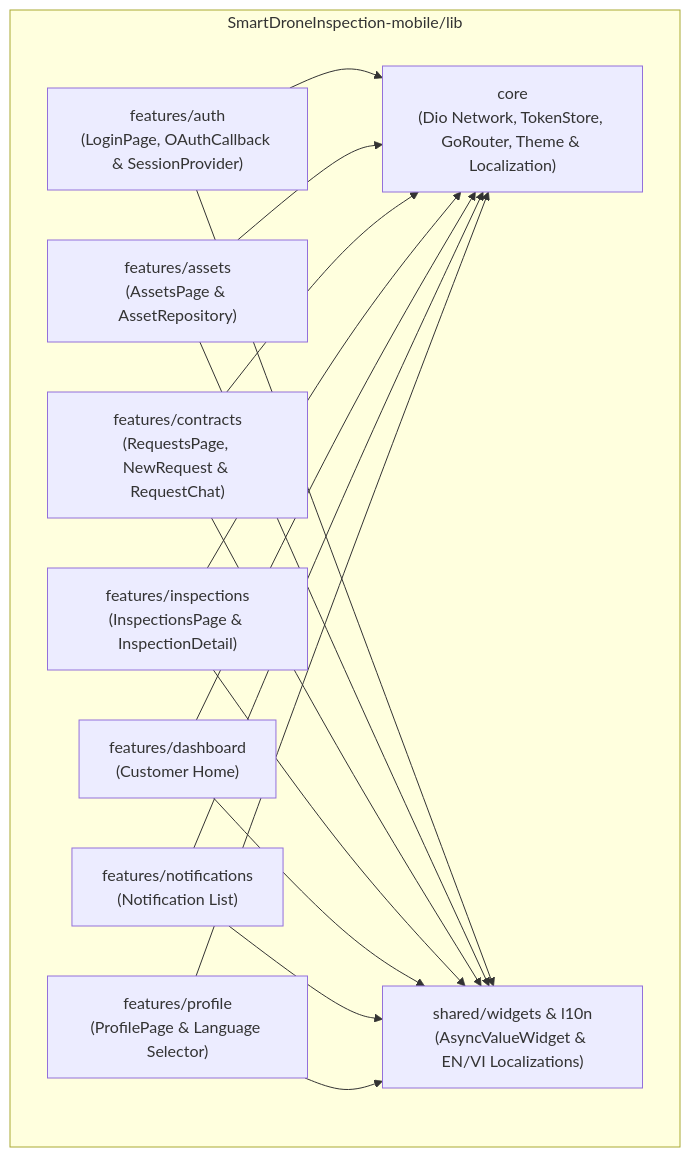
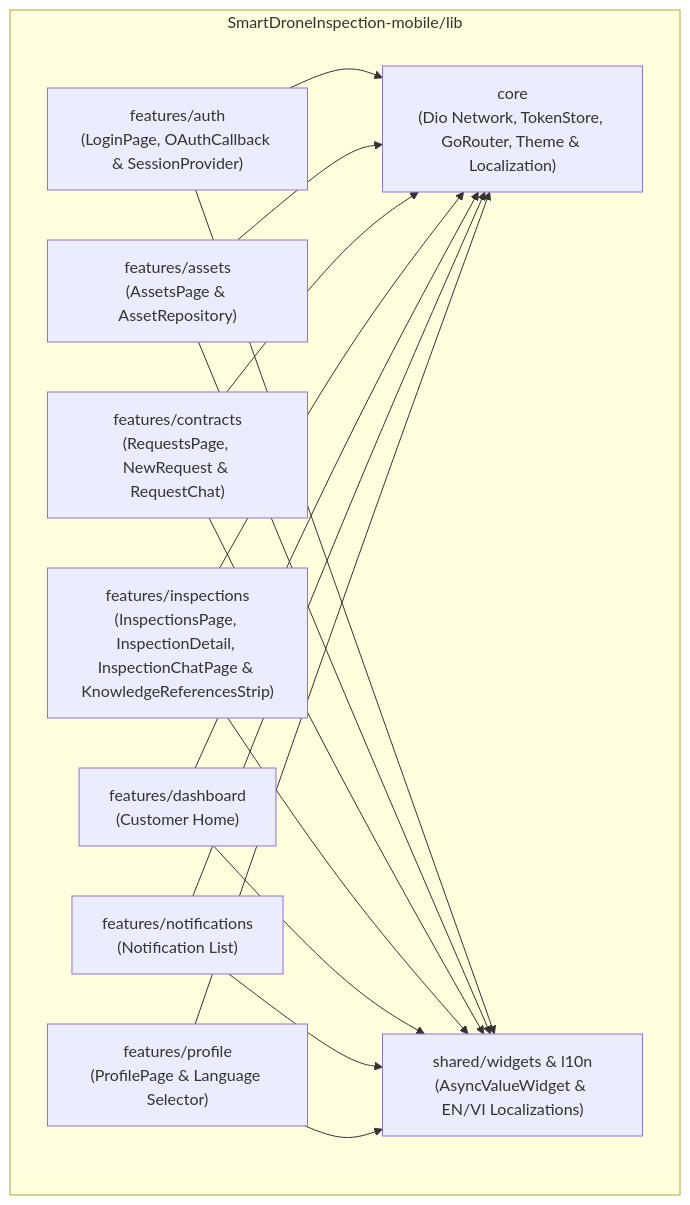
The fourth of 4 diagrams in reports/report-4-software-design-document/01-system-design.md (tungbach12/SmartDroneInspection-Docs), drawn with Mermaid before and after one commit. The commit also changed other lines of this file and 121 other files, not shown here.

````diff
--- a/reports/report-4-software-design-document/01-system-design.md
+++ b/reports/report-4-software-design-document/01-system-design.md
@@ -209,30 +212,30 @@
 ```mermaid
 %% title: Mobile Field Subsystem Package Diagram
 flowchart TD
   subgraph MobRoot["SmartDroneInspection-mobile/lib"]
     MOB_CORE["core\n(Dio Network, TokenStore, GoRouter, Theme & Localization)"]
     MOB_AUTH["features/auth\n(LoginPage, OAuthCallback & SessionProvider)"]
     MOB_ASSETS["features/assets\n(AssetsPage & AssetRepository)"]
     MOB_CONTRACTS["features/contracts\n(RequestsPage, NewRequest & RequestChat)"]
-    MOB_INSP["features/inspections\n(InspectionsPage & InspectionDetail)"]
+    MOB_INSP["features/inspections\n(InspectionsPage, InspectionDetail, InspectionChatPage & KnowledgeReferencesStrip)"]
     MOB_DASH["features/dashboard\n(Customer Home)"]
     MOB_NOTIF["features/notifications\n(Notification List)"]
     MOB_PROFILE["features/profile\n(ProfilePage & Language Selector)"]
     MOB_SHARED["shared/widgets & l10n\n(AsyncValueWidget & EN/VI Localizations)"]
   end
 
   MOB_AUTH --> MOB_CORE
   MOB_ASSETS --> MOB_CORE
   MOB_CONTRACTS --> MOB_CORE
   MOB_INSP --> MOB_CORE
   MOB_DASH --> MOB_CORE
   MOB_NOTIF --> MOB_CORE
   MOB_PROFILE --> MOB_CORE
   MOB_AUTH --> MOB_SHARED
   MOB_ASSETS --> MOB_SHARED
   MOB_CONTRACTS --> MOB_SHARED
   MOB_INSP --> MOB_SHARED
   MOB_DASH --> MOB_SHARED
   MOB_NOTIF --> MOB_SHARED
   MOB_PROFILE --> MOB_SHARED
 ```
````
